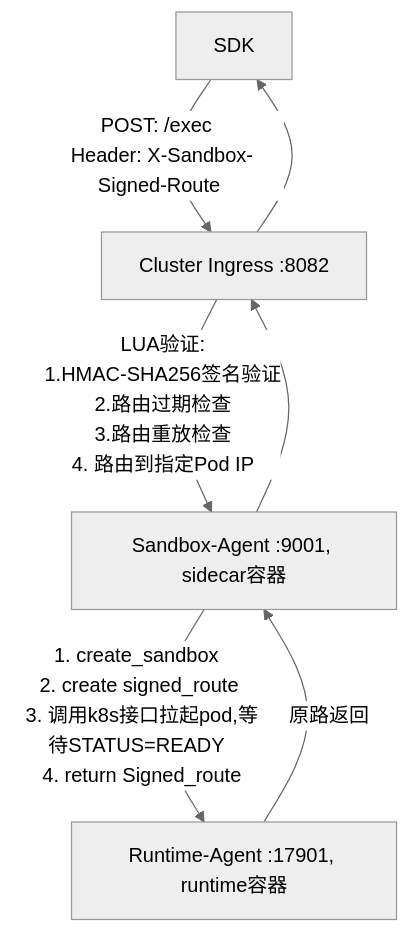
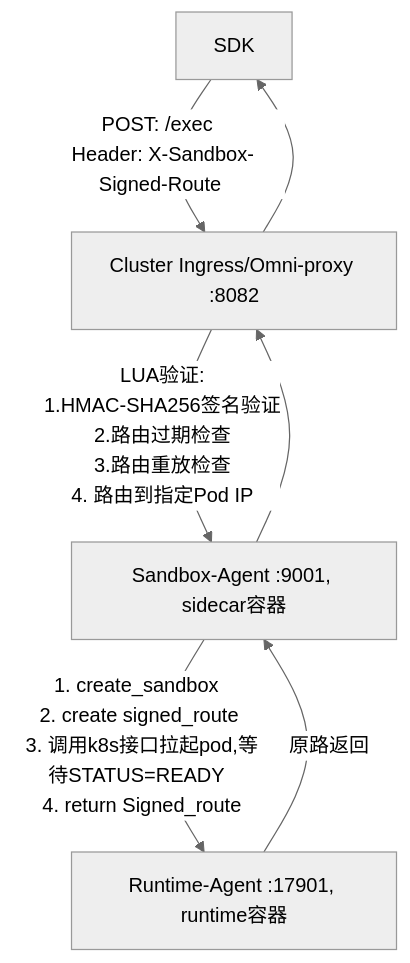
Before and after one commit to siuhunh/Huawei_Work_Summary: the third of 3 diagrams in omniinfer/omni-env/omni-env.md, drawn with Mermaid (neutral theme).

````diff
--- a/omniinfer/omni-env/omni-env.md
+++ b/omniinfer/omni-env/omni-env.md
@@ -38,9 +38,9 @@
 ```mermaid
 graph TD
-    A[SDK] -->|POST: /exec <br> Header: X-Sandbox-Signed-Route| B[Cluster Ingress :8082]
+    A[SDK] -->|POST: /exec <br> Header: X-Sandbox-Signed-Route| B[Cluster Ingress/Omni-proxy :8082]
     B -->|LUA验证: <br> 1.HMAC-SHA256签名验证 <br> 2.路由过期检查 <br> 3.路由重放检查 <br> 4. 路由到指定Pod IP| C[Sandbox-Agent :9001, sidecar容器]
     C --> |1. create_sandbox <br> 2. create signed_route <br> 3. 调用k8s接口拉起pod,等待STATUS=READY <br> 4. return Signed_route |D[Runtime-Agent :17901, runtime容器]
     D --> |原路返回|C --> B --> A
 
 
 ```
````
